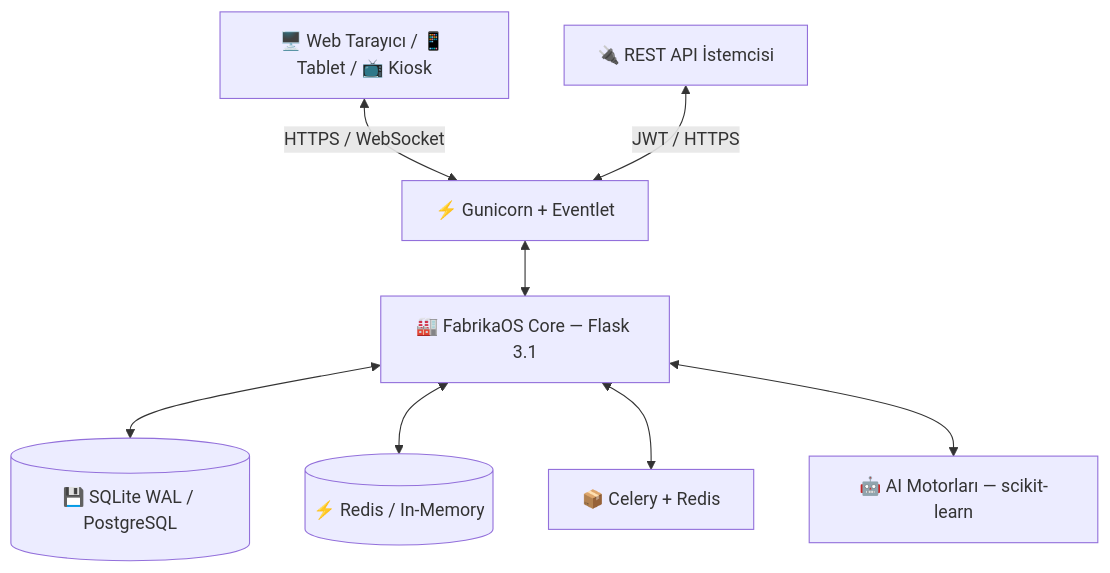
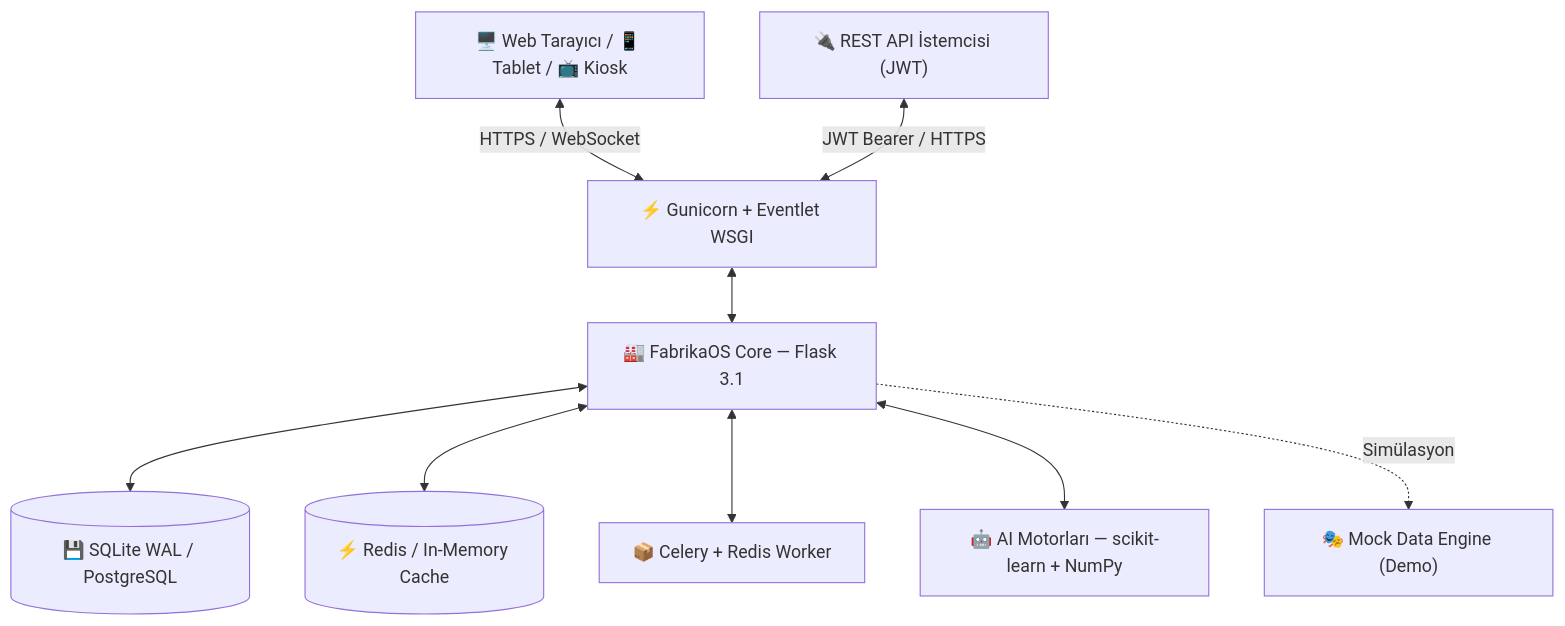
Before and after one commit to Scryne/FabrikaOS: the first of 2 diagrams in README.md, drawn with Mermaid. The commit also changed other lines of this file, not shown here.

````diff
--- a/README.md
+++ b/README.md
@@ -404,19 +439,21 @@
 ```mermaid
 graph TD
     Client["🖥️ Web Tarayıcı / 📱 Tablet / 📺 Kiosk"]
-    API["🔌 REST API İstemcisi"]
-    Web["⚡ Gunicorn + Eventlet"]
+    API["🔌 REST API İstemcisi (JWT)"]
+    Web["⚡ Gunicorn + Eventlet WSGI"]
     App["🏭 FabrikaOS Core — Flask 3.1"]
     DB[("💾 SQLite WAL / PostgreSQL")]
-    Cache[("⚡ Redis / In-Memory")]
-    Queue["📦 Celery + Redis"]
-    AI["🤖 AI Motorları — scikit-learn"]
+    Cache[("⚡ Redis / In-Memory Cache")]
+    Queue["📦 Celery + Redis Worker"]
+    AI["🤖 AI Motorları — scikit-learn + NumPy"]
+    Mock["🎭 Mock Data Engine (Demo)"]
     
     Client <-->|"HTTPS / WebSocket"| Web
-    API <-->|"JWT / HTTPS"| Web
+    API <-->|"JWT Bearer / HTTPS"| Web
     Web <--> App
     App <--> DB
     App <--> Cache
     App <--> Queue
     App <--> AI
+    App -.->|"Simülasyon"| Mock
 ```
````
